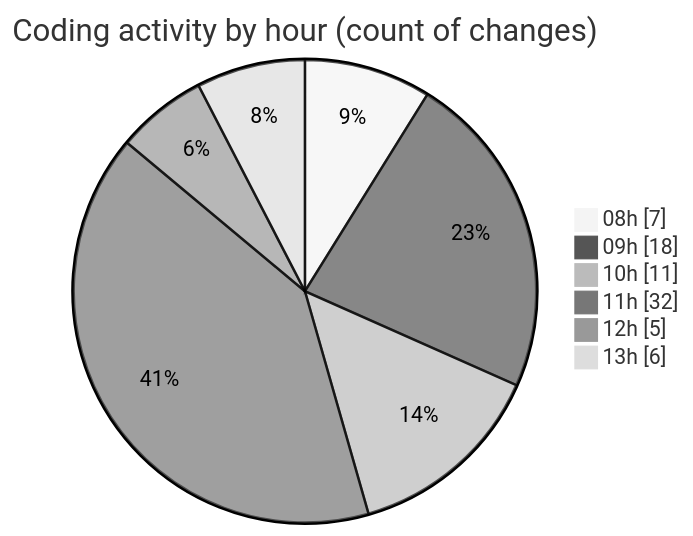
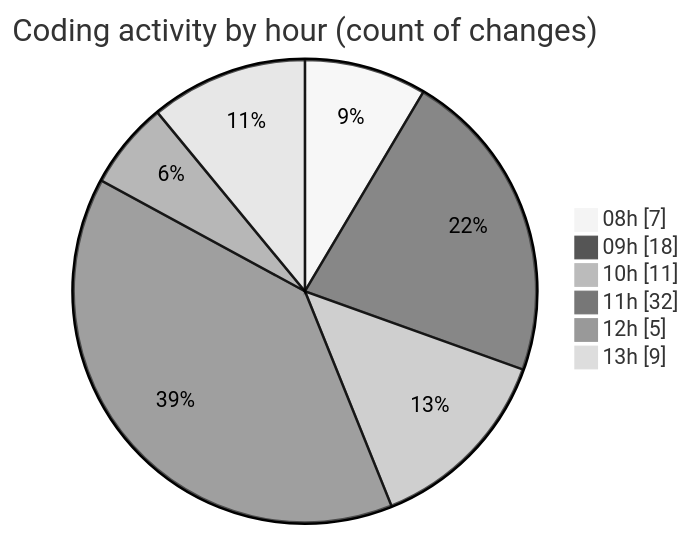
Before and after one commit to momahboobian/code-tracking: the second of 2 diagrams in 2025-11-11/cda/README.md, drawn with Mermaid (neutral theme). The commit also changed other lines of this file and 1 other file, not shown here.

````diff
--- a/2025-11-11/cda/README.md
+++ b/2025-11-11/cda/README.md
@@ -38,10 +42,10 @@
 ```mermaid
 pie showData
 title Coding activity by hour (count of changes)
 "08h" : 7
 "09h" : 18
 "10h" : 11
 "11h" : 32
 "12h" : 5
-"13h" : 6
+"13h" : 9
 ```
````
